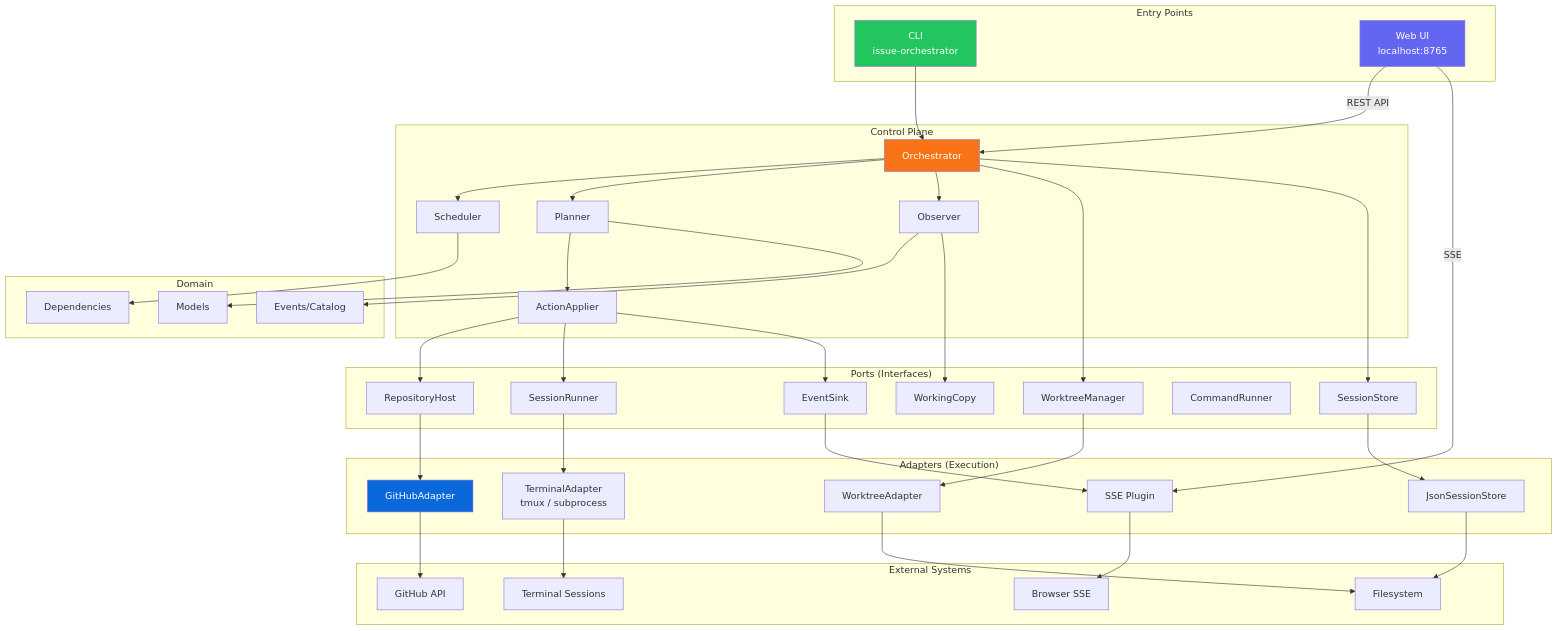
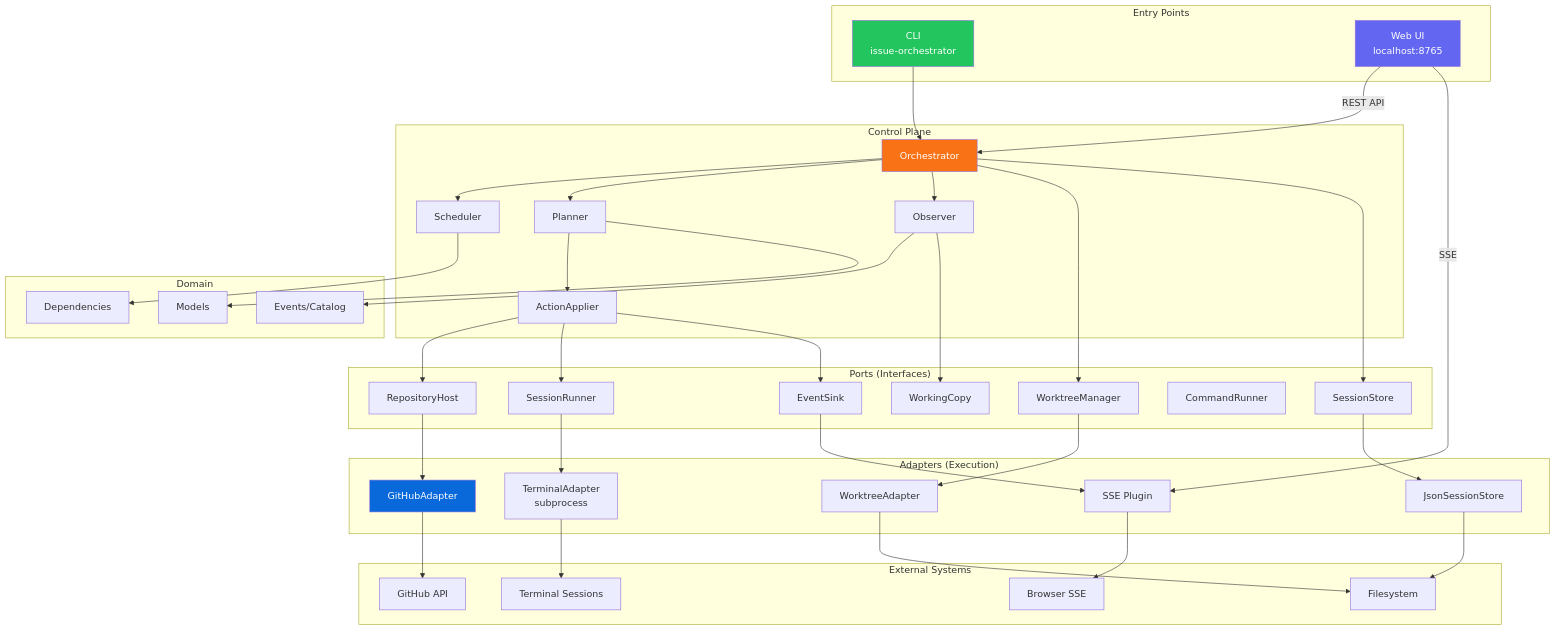
One commit to issue-orchestrator/issue-orchestrator changed the diagram in docs/architecture/README.md. Above: the diagram before and after it, drawn with Mermaid. The commit also changed other lines of this file and 11 other files, not shown here.

First line of the commit message:
Add persona-based documentation journeys, slim architecture doc, fix stale references

```diff
--- a/docs/architecture/README.md
+++ b/docs/architecture/README.md
@@ -139,7 +37,7 @@
 
     subgraph "Adapters (Execution)"
         GH[GitHubAdapter]
-        TERM[TerminalAdapter<br/>tmux / subprocess]
+        TERM[TerminalAdapter<br/>subprocess]
         SSE[SSE Plugin]
         WT[WorktreeAdapter]
         STORE[JsonSessionStore]
@@ -147,7 +45,7 @@
 
     subgraph "External Systems"
         GHAPI[GitHub API]
-        TMUX[Terminal Sessions]
+        TERMS[Terminal Sessions]
         BROWSER[Browser SSE]
         FS[Filesystem]
     end
@@ -179,7 +77,7 @@
     PT_STORE --> STORE
 
     GH --> GHAPI
-    TERM --> TMUX
+    TERM --> TERMS
     SSE --> BROWSER
     WT --> FS
     STORE --> FS
```
